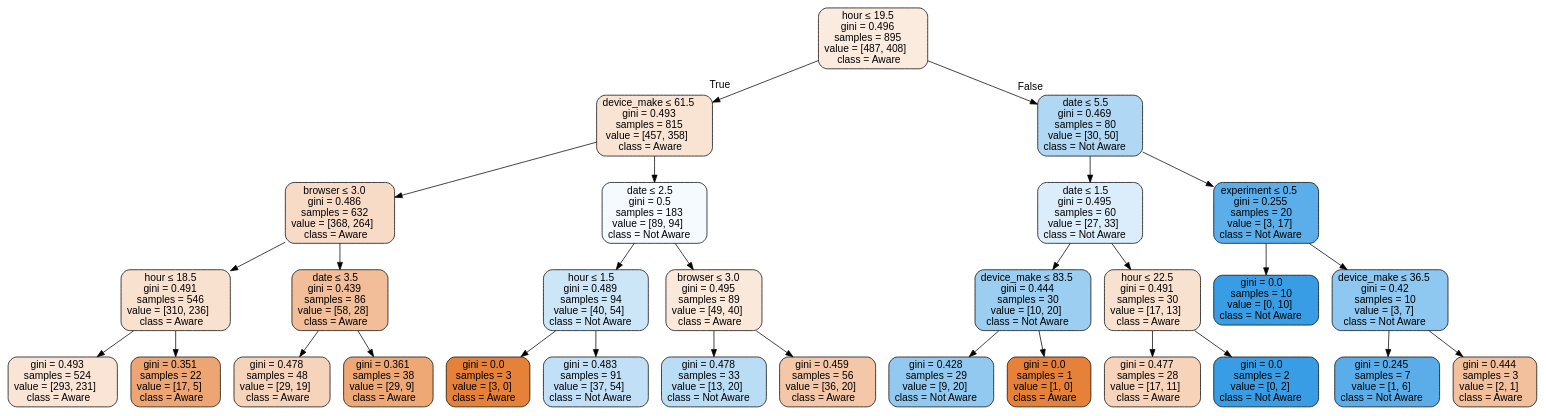
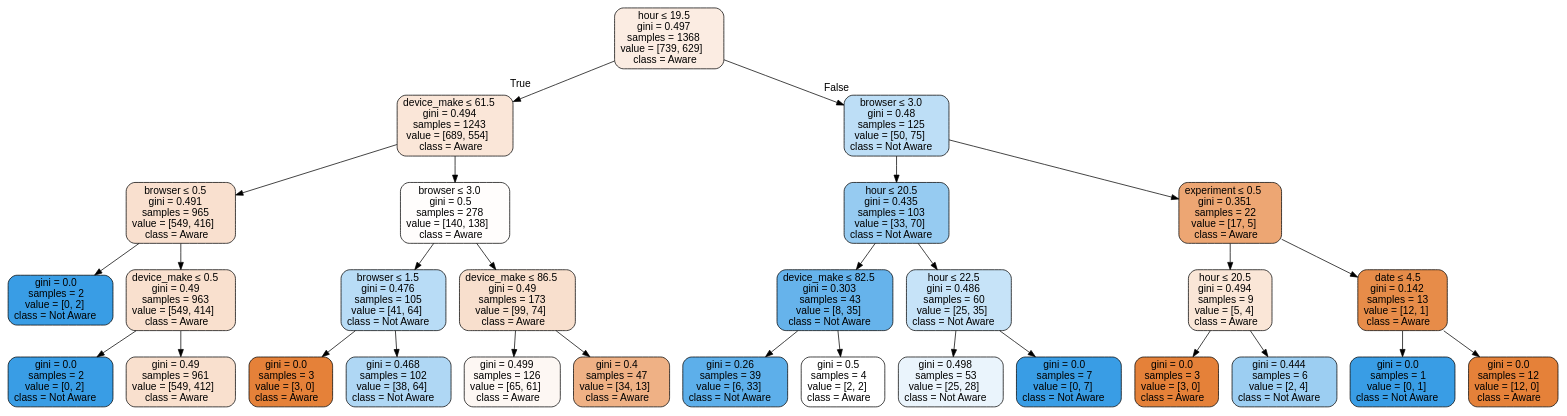
Before and after one commit to dagmawiii03/Ab_Hypothesis_Testing: the diagram in Notebooks/AbTestDecisionTree.dot, drawn with Graphviz. The commit also changed 14 other files, not shown here.

```diff
--- a/Notebooks/AbTestDecisionTree.dot
+++ b/Notebooks/AbTestDecisionTree.dot
@@ -1,61 +1,61 @@
 digraph Tree {
 node [shape=box, style="filled, rounded", color="black", fontname=helvetica] ;
 edge [fontname=helvetica] ;
-0 [label=<hour &le; 19.5<br/>gini = 0.496<br/>samples = 895<br/>value = [487, 408]<br/>class = Aware>, fillcolor="#fbebdf"] ;
-1 [label=<device_make &le; 61.5<br/>gini = 0.493<br/>samples = 815<br/>value = [457, 358]<br/>class = Aware>, fillcolor="#f9e4d4"] ;
+0 [label=<hour &le; 19.5<br/>gini = 0.497<br/>samples = 1368<br/>value = [739, 629]<br/>class = Aware>, fillcolor="#fbece2"] ;
+1 [label=<device_make &le; 61.5<br/>gini = 0.494<br/>samples = 1243<br/>value = [689, 554]<br/>class = Aware>, fillcolor="#fae6d8"] ;
 0 -> 1 [labeldistance=2.5, labelangle=45, headlabel="True"] ;
-2 [label=<browser &le; 3.0<br/>gini = 0.486<br/>samples = 632<br/>value = [368, 264]<br/>class = Aware>, fillcolor="#f8dbc7"] ;
+2 [label=<browser &le; 0.5<br/>gini = 0.491<br/>samples = 965<br/>value = [549, 416]<br/>class = Aware>, fillcolor="#f9e0cf"] ;
 1 -> 2 ;
-3 [label=<hour &le; 18.5<br/>gini = 0.491<br/>samples = 546<br/>value = [310, 236]<br/>class = Aware>, fillcolor="#f9e1d0"] ;
+3 [label=<gini = 0.0<br/>samples = 2<br/>value = [0, 2]<br/>class = Not Aware>, fillcolor="#399de5"] ;
 2 -> 3 ;
-4 [label=<gini = 0.493<br/>samples = 524<br/>value = [293, 231]<br/>class = Aware>, fillcolor="#f9e4d5"] ;
-3 -> 4 ;
-5 [label=<gini = 0.351<br/>samples = 22<br/>value = [17, 5]<br/>class = Aware>, fillcolor="#eda673"] ;
-3 -> 5 ;
-6 [label=<date &le; 3.5<br/>gini = 0.439<br/>samples = 86<br/>value = [58, 28]<br/>class = Aware>, fillcolor="#f2be99"] ;
-2 -> 6 ;
-7 [label=<gini = 0.478<br/>samples = 48<br/>value = [29, 19]<br/>class = Aware>, fillcolor="#f6d4bb"] ;
-6 -> 7 ;
-8 [label=<gini = 0.361<br/>samples = 38<br/>value = [29, 9]<br/>class = Aware>, fillcolor="#eda876"] ;
-6 -> 8 ;
-9 [label=<date &le; 2.5<br/>gini = 0.5<br/>samples = 183<br/>value = [89, 94]<br/>class = Not Aware>, fillcolor="#f4fafe"] ;
-1 -> 9 ;
-10 [label=<hour &le; 1.5<br/>gini = 0.489<br/>samples = 94<br/>value = [40, 54]<br/>class = Not Aware>, fillcolor="#cce6f8"] ;
-9 -> 10 ;
-11 [label=<gini = 0.0<br/>samples = 3<br/>value = [3, 0]<br/>class = Aware>, fillcolor="#e58139"] ;
-10 -> 11 ;
-12 [label=<gini = 0.483<br/>samples = 91<br/>value = [37, 54]<br/>class = Not Aware>, fillcolor="#c1e0f7"] ;
-10 -> 12 ;
-13 [label=<browser &le; 3.0<br/>gini = 0.495<br/>samples = 89<br/>value = [49, 40]<br/>class = Aware>, fillcolor="#fae8db"] ;
-9 -> 13 ;
-14 [label=<gini = 0.478<br/>samples = 33<br/>value = [13, 20]<br/>class = Not Aware>, fillcolor="#baddf6"] ;
-13 -> 14 ;
-15 [label=<gini = 0.459<br/>samples = 56<br/>value = [36, 20]<br/>class = Aware>, fillcolor="#f3c7a7"] ;
-13 -> 15 ;
-16 [label=<date &le; 5.5<br/>gini = 0.469<br/>samples = 80<br/>value = [30, 50]<br/>class = Not Aware>, fillcolor="#b0d8f5"] ;
-0 -> 16 [labeldistance=2.5, labelangle=-45, headlabel="False"] ;
-17 [label=<date &le; 1.5<br/>gini = 0.495<br/>samples = 60<br/>value = [27, 33]<br/>class = Not Aware>, fillcolor="#dbedfa"] ;
+4 [label=<device_make &le; 0.5<br/>gini = 0.49<br/>samples = 963<br/>value = [549, 414]<br/>class = Aware>, fillcolor="#f9e0ce"] ;
+2 -> 4 ;
+5 [label=<gini = 0.0<br/>samples = 2<br/>value = [0, 2]<br/>class = Not Aware>, fillcolor="#399de5"] ;
+4 -> 5 ;
+6 [label=<gini = 0.49<br/>samples = 961<br/>value = [549, 412]<br/>class = Aware>, fillcolor="#f9e0ce"] ;
+4 -> 6 ;
+7 [label=<browser &le; 3.0<br/>gini = 0.5<br/>samples = 278<br/>value = [140, 138]<br/>class = Aware>, fillcolor="#fffdfc"] ;
+1 -> 7 ;
+8 [label=<browser &le; 1.5<br/>gini = 0.476<br/>samples = 105<br/>value = [41, 64]<br/>class = Not Aware>, fillcolor="#b8dcf6"] ;
+7 -> 8 ;
+9 [label=<gini = 0.0<br/>samples = 3<br/>value = [3, 0]<br/>class = Aware>, fillcolor="#e58139"] ;
+8 -> 9 ;
+10 [label=<gini = 0.468<br/>samples = 102<br/>value = [38, 64]<br/>class = Not Aware>, fillcolor="#afd7f4"] ;
+8 -> 10 ;
+11 [label=<device_make &le; 86.5<br/>gini = 0.49<br/>samples = 173<br/>value = [99, 74]<br/>class = Aware>, fillcolor="#f8dfcd"] ;
+7 -> 11 ;
+12 [label=<gini = 0.499<br/>samples = 126<br/>value = [65, 61]<br/>class = Aware>, fillcolor="#fdf7f3"] ;
+11 -> 12 ;
+13 [label=<gini = 0.4<br/>samples = 47<br/>value = [34, 13]<br/>class = Aware>, fillcolor="#efb185"] ;
+11 -> 13 ;
+14 [label=<browser &le; 3.0<br/>gini = 0.48<br/>samples = 125<br/>value = [50, 75]<br/>class = Not Aware>, fillcolor="#bddef6"] ;
+0 -> 14 [labeldistance=2.5, labelangle=-45, headlabel="False"] ;
+15 [label=<hour &le; 20.5<br/>gini = 0.435<br/>samples = 103<br/>value = [33, 70]<br/>class = Not Aware>, fillcolor="#96cbf1"] ;
+14 -> 15 ;
+16 [label=<device_make &le; 82.5<br/>gini = 0.303<br/>samples = 43<br/>value = [8, 35]<br/>class = Not Aware>, fillcolor="#66b3eb"] ;
+15 -> 16 ;
+17 [label=<gini = 0.26<br/>samples = 39<br/>value = [6, 33]<br/>class = Not Aware>, fillcolor="#5dafea"] ;
 16 -> 17 ;
-18 [label=<device_make &le; 83.5<br/>gini = 0.444<br/>samples = 30<br/>value = [10, 20]<br/>class = Not Aware>, fillcolor="#9ccef2"] ;
-17 -> 18 ;
-19 [label=<gini = 0.428<br/>samples = 29<br/>value = [9, 20]<br/>class = Not Aware>, fillcolor="#92c9f1"] ;
-18 -> 19 ;
-20 [label=<gini = 0.0<br/>samples = 1<br/>value = [1, 0]<br/>class = Aware>, fillcolor="#e58139"] ;
-18 -> 20 ;
-21 [label=<hour &le; 22.5<br/>gini = 0.491<br/>samples = 30<br/>value = [17, 13]<br/>class = Aware>, fillcolor="#f9e1d0"] ;
-17 -> 21 ;
-22 [label=<gini = 0.477<br/>samples = 28<br/>value = [17, 11]<br/>class = Aware>, fillcolor="#f6d3b9"] ;
-21 -> 22 ;
-23 [label=<gini = 0.0<br/>samples = 2<br/>value = [0, 2]<br/>class = Not Aware>, fillcolor="#399de5"] ;
-21 -> 23 ;
-24 [label=<experiment &le; 0.5<br/>gini = 0.255<br/>samples = 20<br/>value = [3, 17]<br/>class = Not Aware>, fillcolor="#5caeea"] ;
-16 -> 24 ;
-25 [label=<gini = 0.0<br/>samples = 10<br/>value = [0, 10]<br/>class = Not Aware>, fillcolor="#399de5"] ;
-24 -> 25 ;
-26 [label=<device_make &le; 36.5<br/>gini = 0.42<br/>samples = 10<br/>value = [3, 7]<br/>class = Not Aware>, fillcolor="#8ec7f0"] ;
-24 -> 26 ;
-27 [label=<gini = 0.245<br/>samples = 7<br/>value = [1, 6]<br/>class = Not Aware>, fillcolor="#5aade9"] ;
+18 [label=<gini = 0.5<br/>samples = 4<br/>value = [2, 2]<br/>class = Aware>, fillcolor="#ffffff"] ;
+16 -> 18 ;
+19 [label=<hour &le; 22.5<br/>gini = 0.486<br/>samples = 60<br/>value = [25, 35]<br/>class = Not Aware>, fillcolor="#c6e3f8"] ;
+15 -> 19 ;
+20 [label=<gini = 0.498<br/>samples = 53<br/>value = [25, 28]<br/>class = Not Aware>, fillcolor="#eaf4fc"] ;
+19 -> 20 ;
+21 [label=<gini = 0.0<br/>samples = 7<br/>value = [0, 7]<br/>class = Not Aware>, fillcolor="#399de5"] ;
+19 -> 21 ;
+22 [label=<experiment &le; 0.5<br/>gini = 0.351<br/>samples = 22<br/>value = [17, 5]<br/>class = Aware>, fillcolor="#eda673"] ;
+14 -> 22 ;
+23 [label=<hour &le; 20.5<br/>gini = 0.494<br/>samples = 9<br/>value = [5, 4]<br/>class = Aware>, fillcolor="#fae6d7"] ;
+22 -> 23 ;
+24 [label=<gini = 0.0<br/>samples = 3<br/>value = [3, 0]<br/>class = Aware>, fillcolor="#e58139"] ;
+23 -> 24 ;
+25 [label=<gini = 0.444<br/>samples = 6<br/>value = [2, 4]<br/>class = Not Aware>, fillcolor="#9ccef2"] ;
+23 -> 25 ;
+26 [label=<date &le; 4.5<br/>gini = 0.142<br/>samples = 13<br/>value = [12, 1]<br/>class = Aware>, fillcolor="#e78c49"] ;
+22 -> 26 ;
+27 [label=<gini = 0.0<br/>samples = 1<br/>value = [0, 1]<br/>class = Not Aware>, fillcolor="#399de5"] ;
 26 -> 27 ;
-28 [label=<gini = 0.444<br/>samples = 3<br/>value = [2, 1]<br/>class = Aware>, fillcolor="#f2c09c"] ;
+28 [label=<gini = 0.0<br/>samples = 12<br/>value = [12, 0]<br/>class = Aware>, fillcolor="#e58139"] ;
 26 -> 28 ;
 }
```
